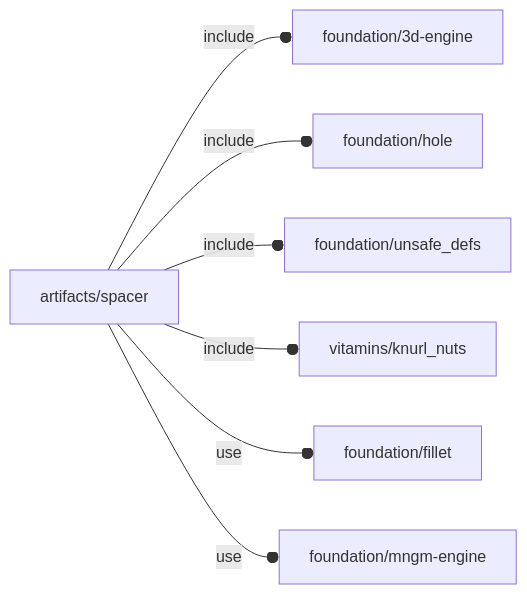
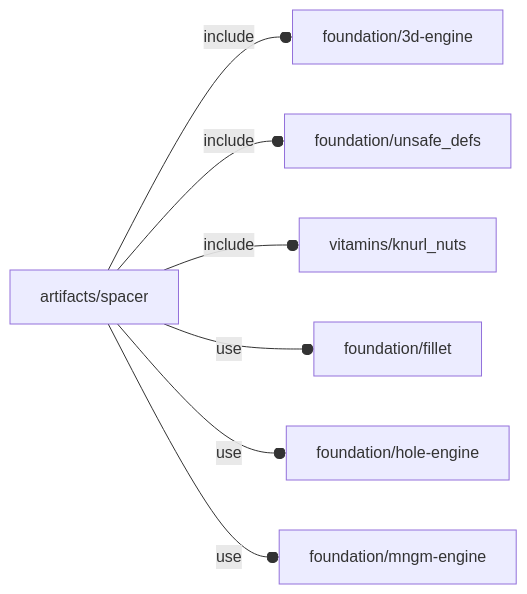
The diagram in orthodocs/artifacts/spacer.md (ggabbiani/OFL), drawn with Mermaid before and after one commit. The commit also changed 17 other files, not shown here.

````diff
--- a/orthodocs/artifacts/spacer.md
+++ b/orthodocs/artifacts/spacer.md
@@ -5,9 +5,9 @@
 ```mermaid
 graph LR
     A1[artifacts/spacer] --o|include| A2[foundation/3d-engine]
-    A1 --o|include| A3[foundation/hole]
-    A1 --o|include| A4[foundation/unsafe_defs]
-    A1 --o|include| A5[vitamins/knurl_nuts]
-    A1 --o|use| A6[foundation/fillet]
+    A1 --o|include| A3[foundation/unsafe_defs]
+    A1 --o|include| A4[vitamins/knurl_nuts]
+    A1 --o|use| A5[foundation/fillet]
+    A1 --o|use| A6[foundation/hole-engine]
     A1 --o|use| A7[foundation/mngm-engine]
 ```
````
